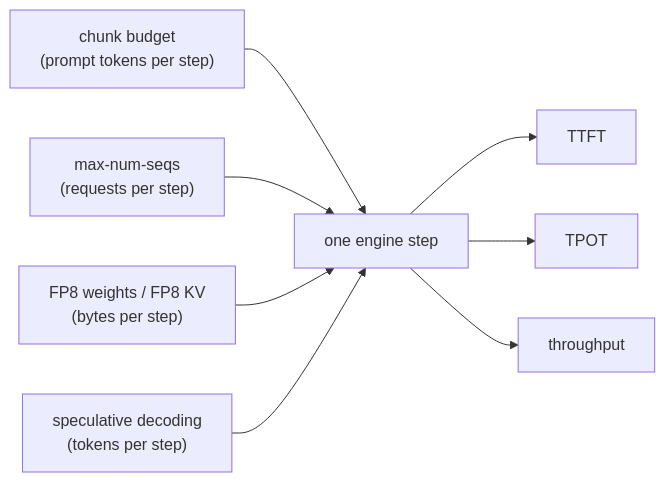
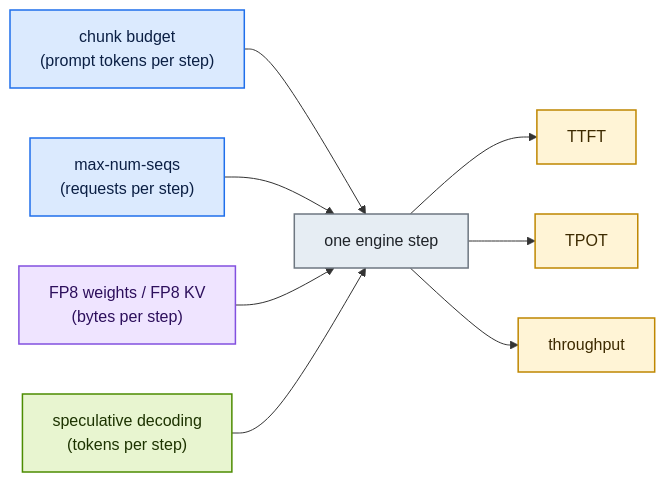
One commit to richajoy/dynamo-inference-lab changed the diagram in docs/06-engine-tuning.md. Above: the diagram before and after it, drawn with Mermaid. The commit also changed 12 other files, not shown here.

First line of the commit message:
Polish: colour-coded diagrams, animated explainers, badges, Apache-2.0 license

````diff
--- a/docs/06-engine-tuning.md
+++ b/docs/06-engine-tuning.md
@@ -27,10 +27,21 @@
 ```mermaid
 flowchart LR
   B["chunk budget<br/>(prompt tokens per step)"] --> S["one engine step"]
   N["max-num-seqs<br/>(requests per step)"] --> S
   F["FP8 weights / FP8 KV<br/>(bytes per step)"] --> S
   SP["speculative decoding<br/>(tokens per step)"] --> S
   S --> TT["TTFT"]
   S --> TP["TPOT"]
   S --> TH["throughput"]
+    classDef client fill:#eef1f4,stroke:#57606a,color:#1f2328,stroke-width:1.5px
+    classDef dynamo fill:#dbeafe,stroke:#1f6feb,color:#0b1f44,stroke-width:1.5px
+    classDef gpu fill:#e8f5d0,stroke:#4c8c00,color:#1d3300,stroke-width:1.5px
+    classDef kv fill:#efe4ff,stroke:#8250df,color:#2d0f5c,stroke-width:1.5px
+    classDef platform fill:#e6edf3,stroke:#6e7781,color:#1f2328,stroke-width:1.5px
+    classDef obs fill:#fff4d6,stroke:#bf8700,color:#3d2a00,stroke-width:1.5px
+    class B,N dynamo
+    class F kv
+    class SP gpu
+    class S platform
+    class TT,TP,TH obs
 ```
````
